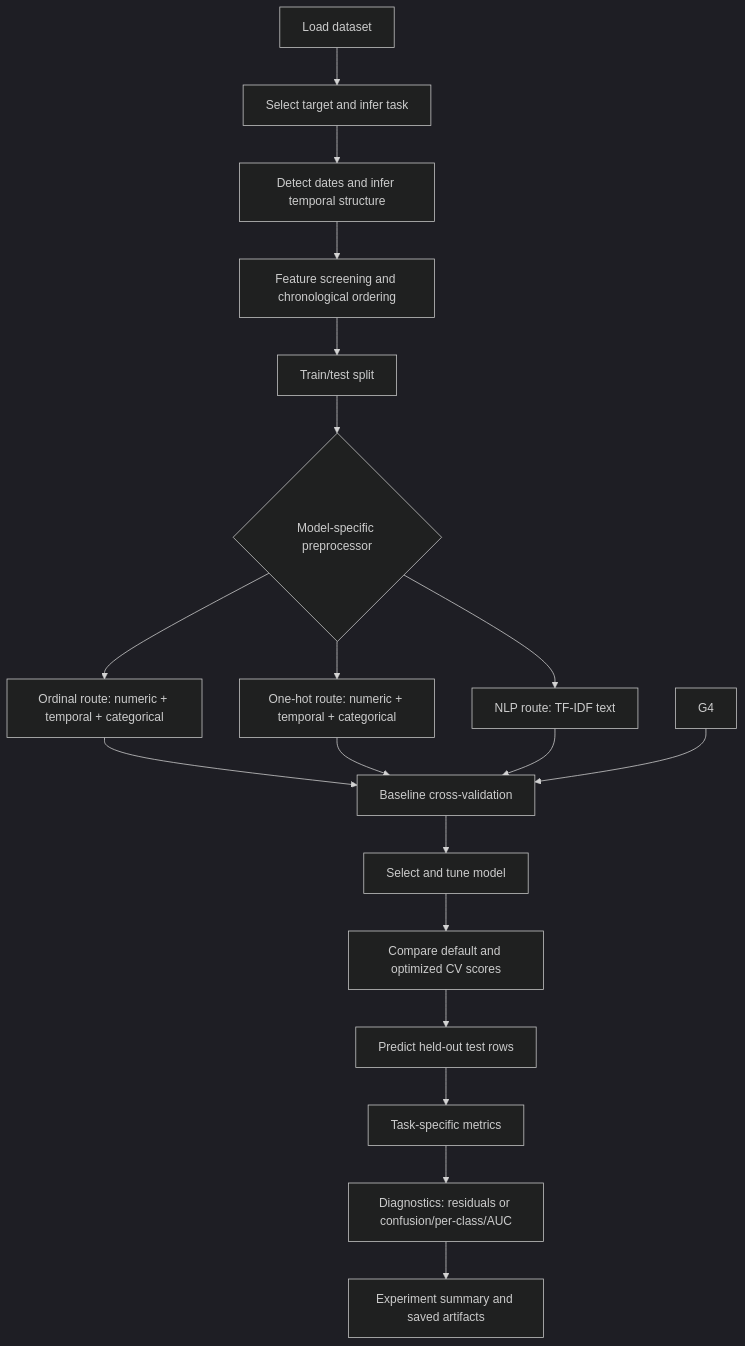
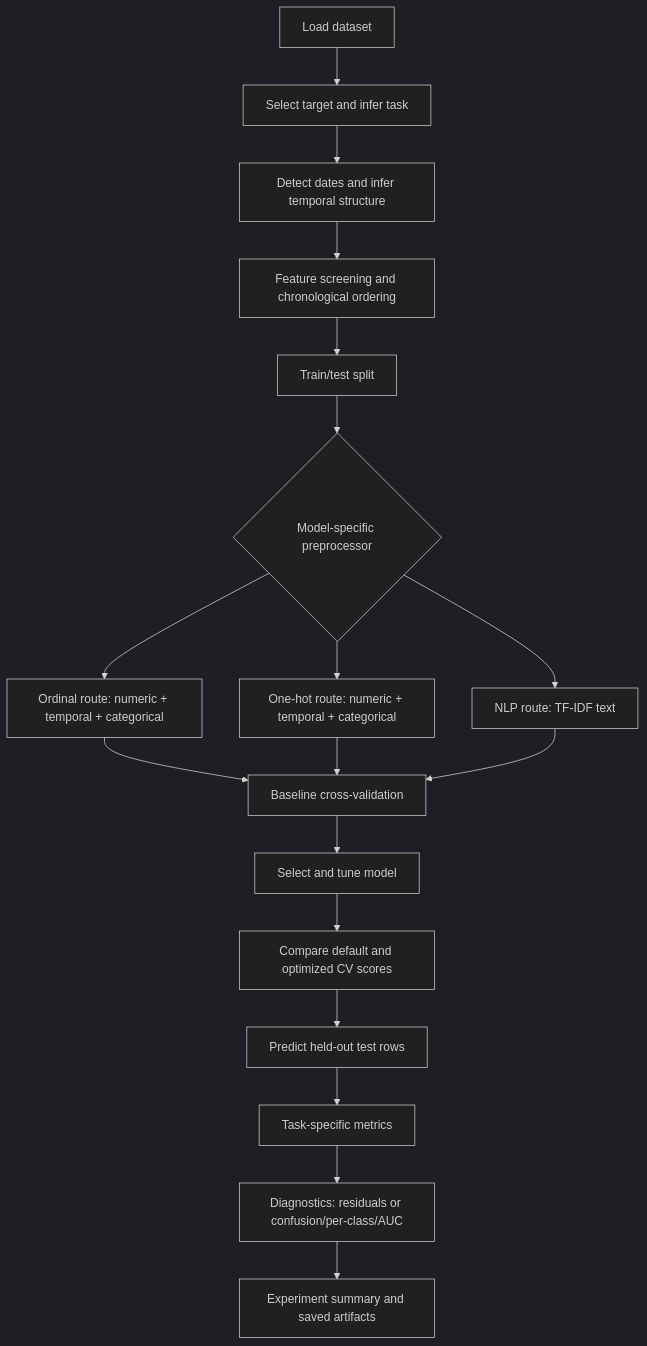
The diagram in regression-classification-clustering/FitPredict Platform/README.md (antoniopgouveia/ai-ml-project-lab), drawn with Mermaid (dark theme) before and after one commit. The commit also changed other lines of this file, not shown here.

````diff
--- a/regression-classification-clustering/FitPredict Platform/README.md
+++ b/regression-classification-clustering/FitPredict Platform/README.md
@@ -121,21 +121,20 @@
 ```mermaid
 flowchart TD
     A[Load dataset] --> B[Select target and infer task]
     B --> C[Detect dates and infer temporal structure]
     C --> D[Feature screening and chronological ordering]
     D --> E[Train/test split]
     E --> F{Model-specific preprocessor}
     F --> G1[Ordinal route: numeric + temporal + categorical]
     F --> G2[One-hot route: numeric + temporal + categorical]
     F --> G3[NLP route: TF-IDF text]
     G1 --> H[Baseline cross-validation]
     G2 --> H
     G3 --> H
-    G4 --> H
     H --> I[Select and tune model]
     I --> J[Compare default and optimized CV scores]
     J --> K[Predict held-out test rows]
     K --> L[Task-specific metrics]
     L --> M[Diagnostics: residuals or confusion/per-class/AUC]
     M --> N[Experiment summary and saved artifacts]
 ```
````
